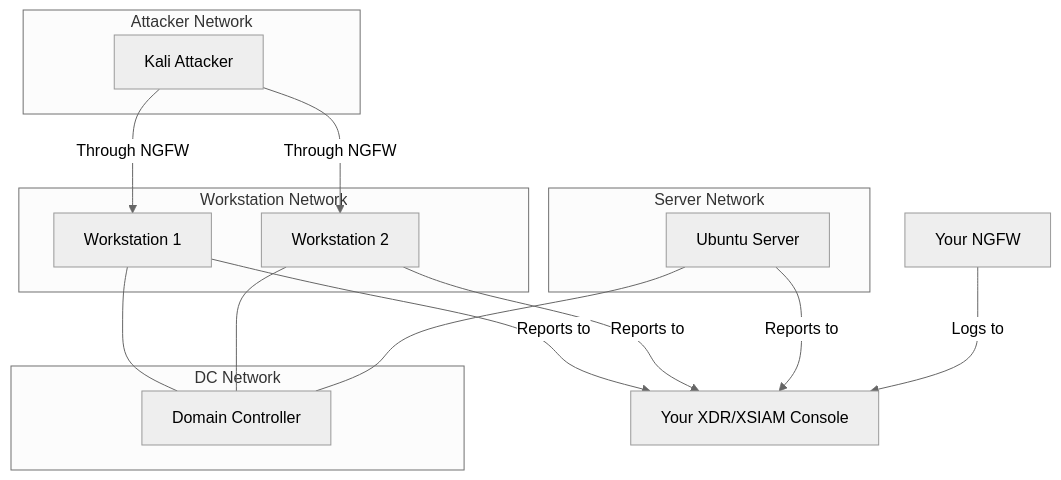
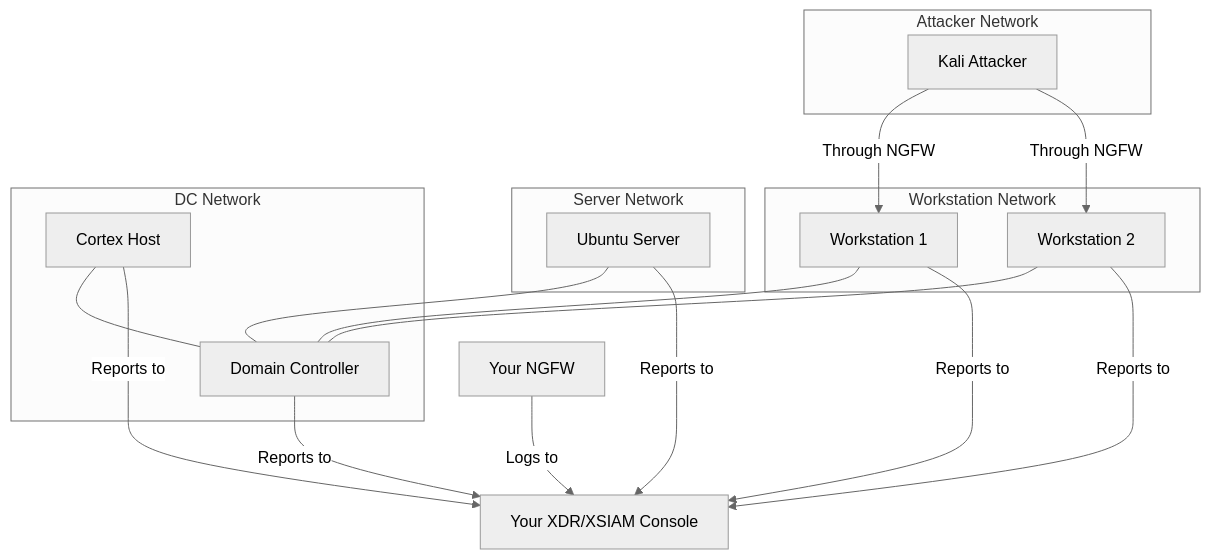
One commit to PaloAltoNetworks/shifter changed the diagram in shifter/shifter_platform/documentation/docs/scenarios/cortex-byot.md. Above: the diagram before and after it, drawn with Mermaid (neutral theme). The commit also changed other lines of this file and 13 other files, not shown here.

````diff
--- a/shifter/shifter_platform/documentation/docs/scenarios/cortex-byot.md
+++ b/shifter/shifter_platform/documentation/docs/scenarios/cortex-byot.md
@@ -7,27 +7,31 @@
 ```mermaid
 graph TB
     subgraph Attacker Network
         A[Kali Attacker]
     end
     subgraph Workstation Network
         W1[Workstation 1]
         W2[Workstation 2]
     end
     subgraph Server Network
         S[Ubuntu Server]
     end
     subgraph DC Network
         DC[Domain Controller]
+        CH[Cortex Host]
     end
 
     A -->|Through NGFW| W1
     A -->|Through NGFW| W2
     W1 --- DC
     W2 --- DC
     S --- DC
+    CH --- DC
 
-    W1 -->|Reports to| C[Your XDR/XSIAM Console]
+    DC -->|Reports to| C[Your XDR/XSIAM Console]
+    W1 -->|Reports to| C
     W2 -->|Reports to| C
     S -->|Reports to| C
+    CH -->|Reports to| C
     NGFW[Your NGFW] -->|Logs to| C
 ```
````
